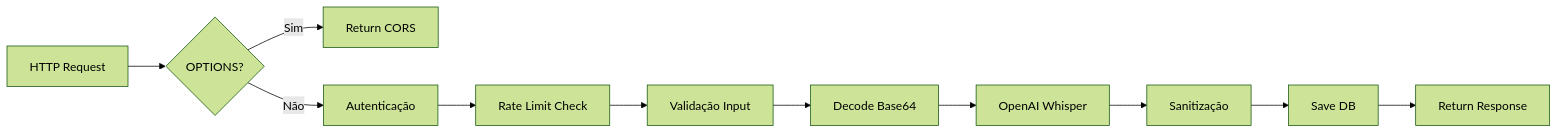
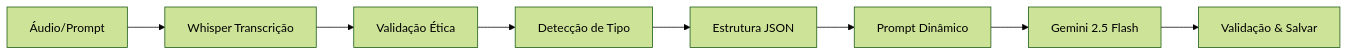
Before and after one commit to eudavidthomaz/vision-studio-lab: the second of 4 diagrams in ARQUITETURA_SISTEMA_IDEON.md, drawn with Mermaid (forest theme). The commit also changed other lines of this file and 2 other files, not shown here.

````diff
--- a/ARQUITETURA_SISTEMA_IDEON.md
+++ b/ARQUITETURA_SISTEMA_IDEON.md
@@ -342,13 +130,10 @@
 ```mermaid
 graph LR
-    A[HTTP Request] --> B{OPTIONS?}
-    B -->|Sim| C[Return CORS]
-    B -->|Não| D[Autenticação]
-    D --> E[Rate Limit Check]
-    E --> F[Validação Input]
-    F --> G[Decode Base64]
-    G --> H[OpenAI Whisper]
-    H --> I[Sanitização]
-    I --> J[Save DB]
-    J --> K[Return Response]
+    A[Áudio/Prompt] --> B[Whisper Transcrição]
+    B --> C[Validação Ética]
+    C --> D[Detecção de Tipo]
+    D --> E[Estrutura JSON]
+    E --> F[Prompt Dinâmico]
+    F --> G[Gemini 2.5 Flash]
+    G --> H[Validação & Salvar]
 ```
````
